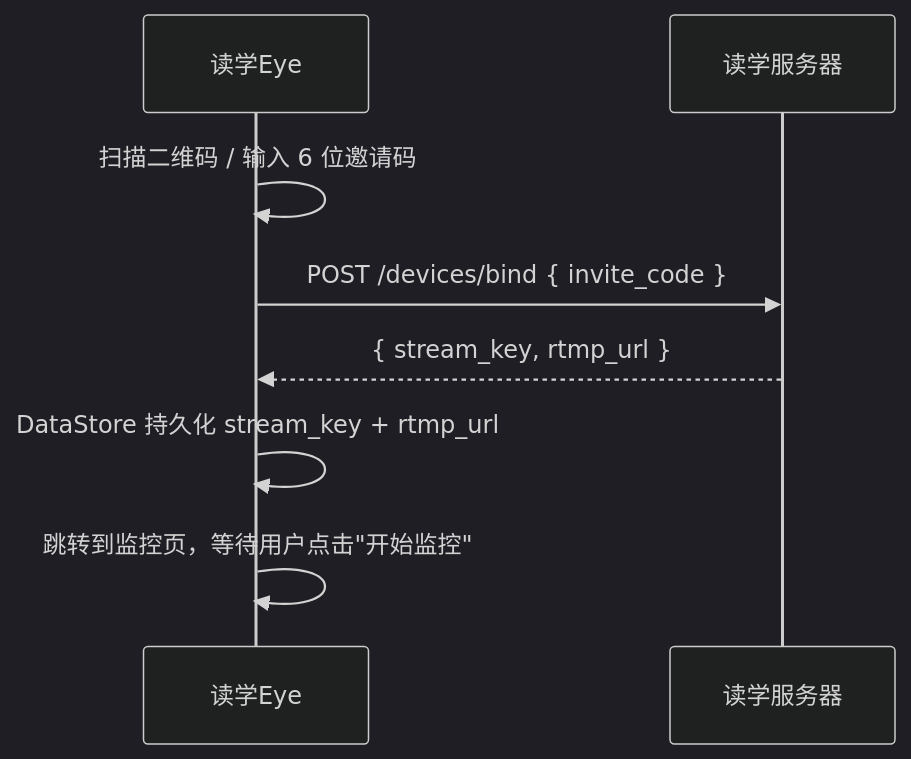
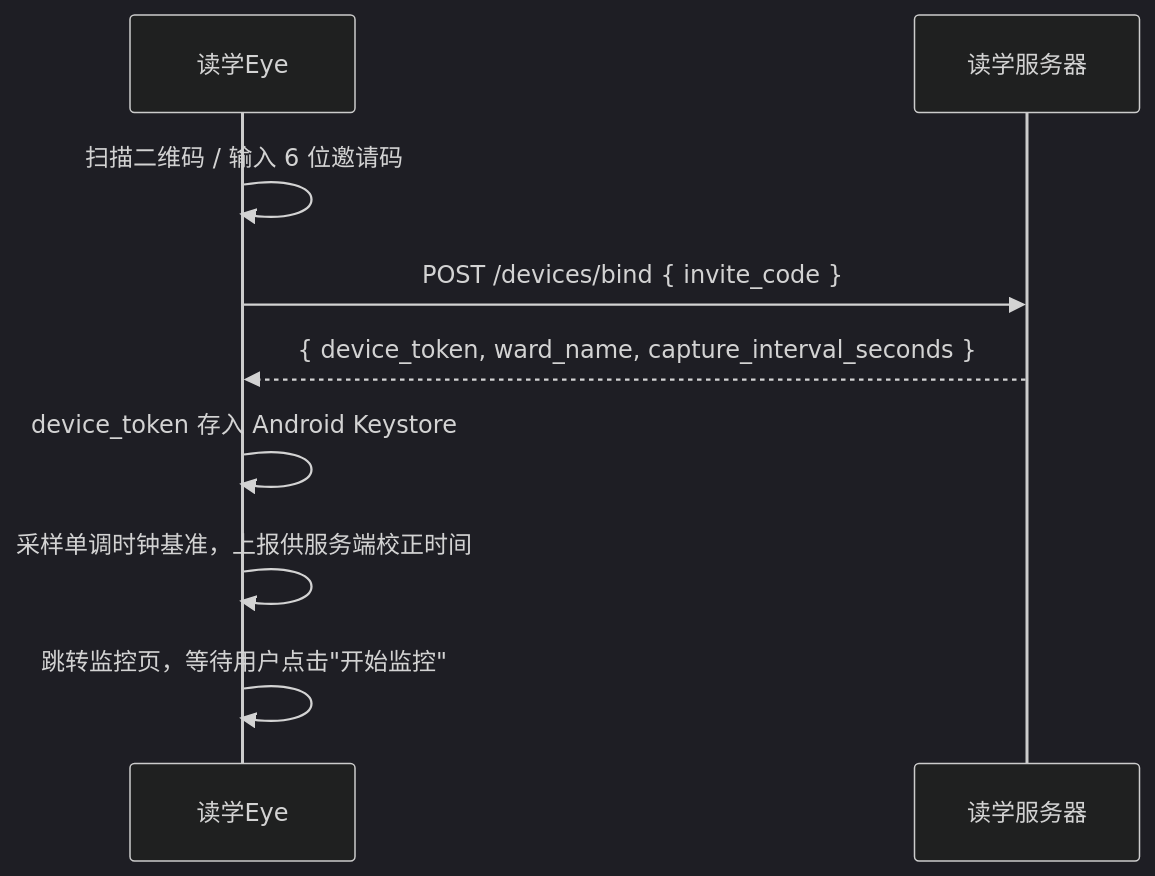
The first of 2 diagrams in duxue-cam/docs/ARCHITECHTURE.md (johanchow/duxue), drawn with Mermaid (dark theme) before and after one commit. The commit also changed other lines of this file and 18 other files, not shown here.

````diff
--- a/duxue-cam/docs/ARCHITECHTURE.md
+++ b/duxue-cam/docs/ARCHITECHTURE.md
@@ -76,11 +117,12 @@
 ```mermaid
 sequenceDiagram
     participant CAM as 读学Eye
     participant API as 读学服务器
 
     CAM->>CAM: 扫描二维码 / 输入 6 位邀请码
     CAM->>API: POST /devices/bind { invite_code }
-    API-->>CAM: { stream_key, rtmp_url }
-    CAM->>CAM: DataStore 持久化 stream_key + rtmp_url
-    CAM->>CAM: 跳转到监控页，等待用户点击"开始监控"
+    API-->>CAM: { device_token, ward_name, capture_interval_seconds }
+    CAM->>CAM: device_token 存入 Android Keystore
+    CAM->>CAM: 采样单调时钟基准，上报供服务端校正时间
+    CAM->>CAM: 跳转监控页，等待用户点击"开始监控"
 ```
````
